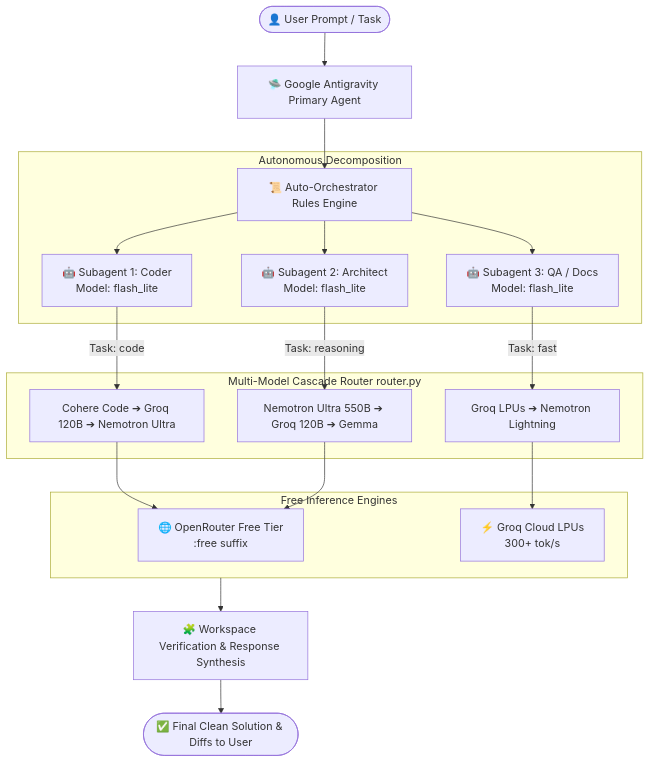
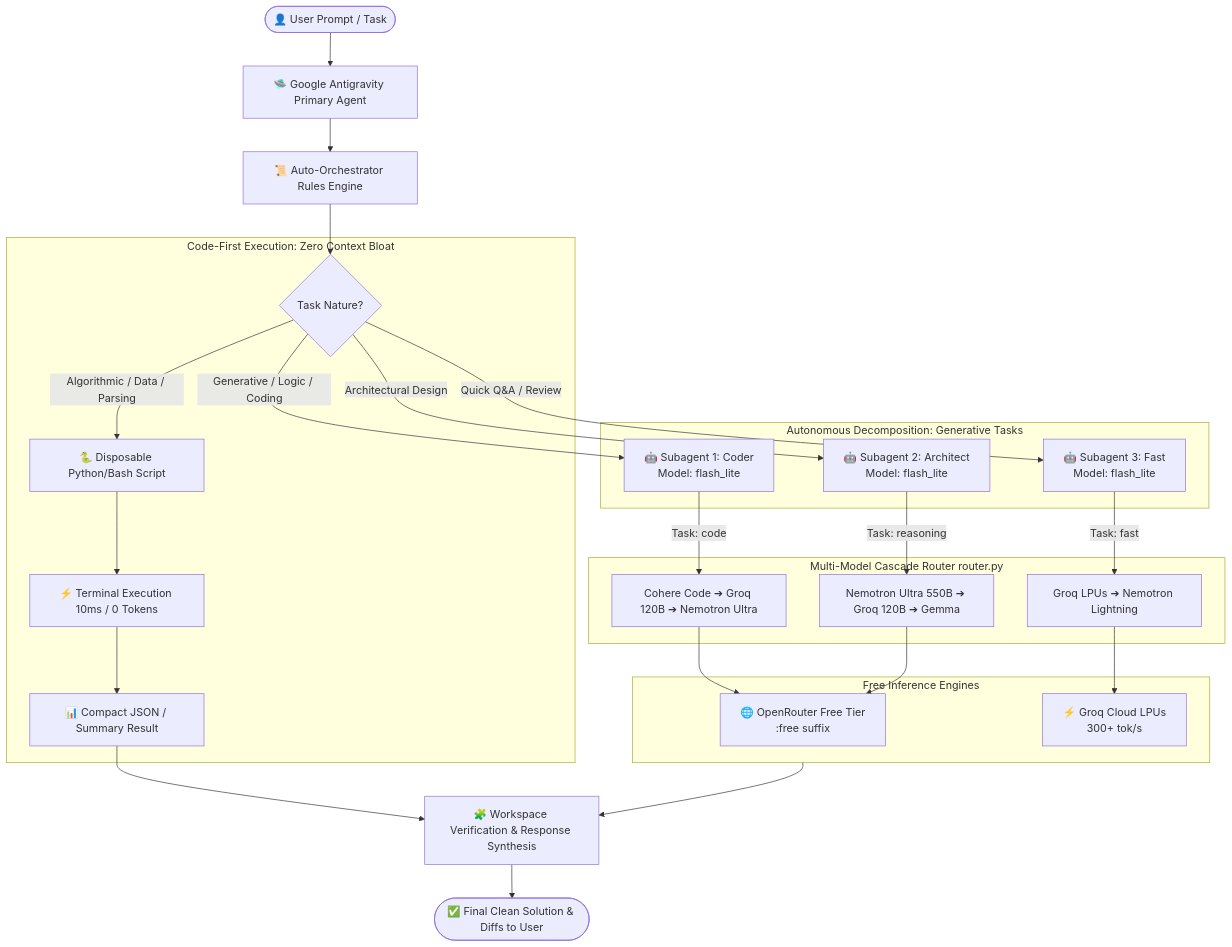
Before and after one commit to programmer-1998/AntiGravity-FreeModel: the diagram in README.md, drawn with Mermaid. The commit also changed other lines of this file and 3 other files, not shown here.

Commit message:
feat(v1.1.0): implement Code-First Execution & Deterministic Offloading strategy

````diff
--- a/README.md
+++ b/README.md
@@ -53,26 +129,35 @@
 ```mermaid
 flowchart TD
     User([👤 User Prompt / Task]) --> AGY[🛸 Google Antigravity Primary Agent]
     AGY --> Rules[📜 Auto-Orchestrator Rules Engine]
     
-    subgraph Decomp [Autonomous Decomposition]
-        Rules --> SubCoder[🤖 Subagent 1: Coder\nModel: flash_lite]
-        Rules --> SubArch[🤖 Subagent 2: Architect\nModel: flash_lite]
-        Rules --> SubTest[🤖 Subagent 3: QA / Docs\nModel: flash_lite]
+    Rules --> Classifier{Task Nature?}
+
+    subgraph DeterministicOffload [Code-First Execution: Zero Context Bloat]
+        Classifier -->|Algorithmic / Data / Parsing| ScriptGen[🐍 Disposable Python/Bash Script]
+        ScriptGen --> LocalExec[⚡ Terminal Execution 10ms / 0 Tokens]
+        LocalExec --> CompactResult[📊 Compact JSON / Summary Result]
+    end
+
+    subgraph Decomp [Autonomous Decomposition: Generative Tasks]
+        Classifier -->|Generative / Logic / Coding| SubCoder[🤖 Subagent 1: Coder\nModel: flash_lite]
+        Classifier -->|Architectural Design| SubArch[🤖 Subagent 2: Architect\nModel: flash_lite]
+        Classifier -->|Quick Q&A / Review| SubTest[🤖 Subagent 3: Fast\nModel: flash_lite]
     end
 
     subgraph RouterEngine [Multi-Model Cascade Router router.py]
         SubCoder -->|Task: code| CascadeCode[Cohere Code ➔ Groq 120B ➔ Nemotron Ultra]
         SubArch -->|Task: reasoning| CascadeArch[Nemotron Ultra 550B ➔ Groq 120B ➔ Gemma]
         SubTest -->|Task: fast| CascadeTest[Groq LPUs ➔ Nemotron Lightning]
     end
 
     subgraph FreeProviders [Free Inference Engines]
         CascadeCode --> OpenRouter[🌐 OpenRouter Free Tier\n:free suffix]
         CascadeArch --> OpenRouter
         CascadeTest --> GroqLPU[⚡ Groq Cloud LPUs\n300+ tok/s]
     end
 
-    FreeProviders --> Synthesizer[🧩 Workspace Verification & Response Synthesis]
+    CompactResult --> Synthesizer[🧩 Workspace Verification & Response Synthesis]
+    FreeProviders --> Synthesizer
     Synthesizer --> UserResponse([✅ Final Clean Solution & Diffs to User])
 ```
````
